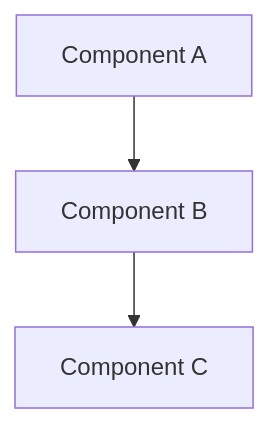
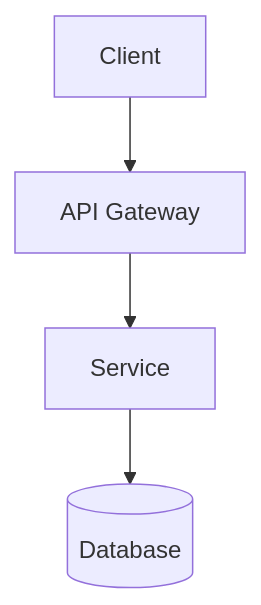
One commit to acking-you/myclaude-skills changed the first of 3 diagrams in skills/tech-design-doc/SKILL.md. Above: the diagram before and after it, drawn with Mermaid. The commit also changed other lines of this file and 2 other files, not shown here.

````diff
--- a/skills/tech-design-doc/SKILL.md
+++ b/skills/tech-design-doc/SKILL.md
@@ -138,5 +123,6 @@
 ```mermaid
 flowchart TD
-    A[Component A] --> B[Component B]
-    B --> C[Component C]
+    A[Client] --> B[API Gateway]
+    B --> C[Service]
+    C --> D[(Database)]
 ```
````
